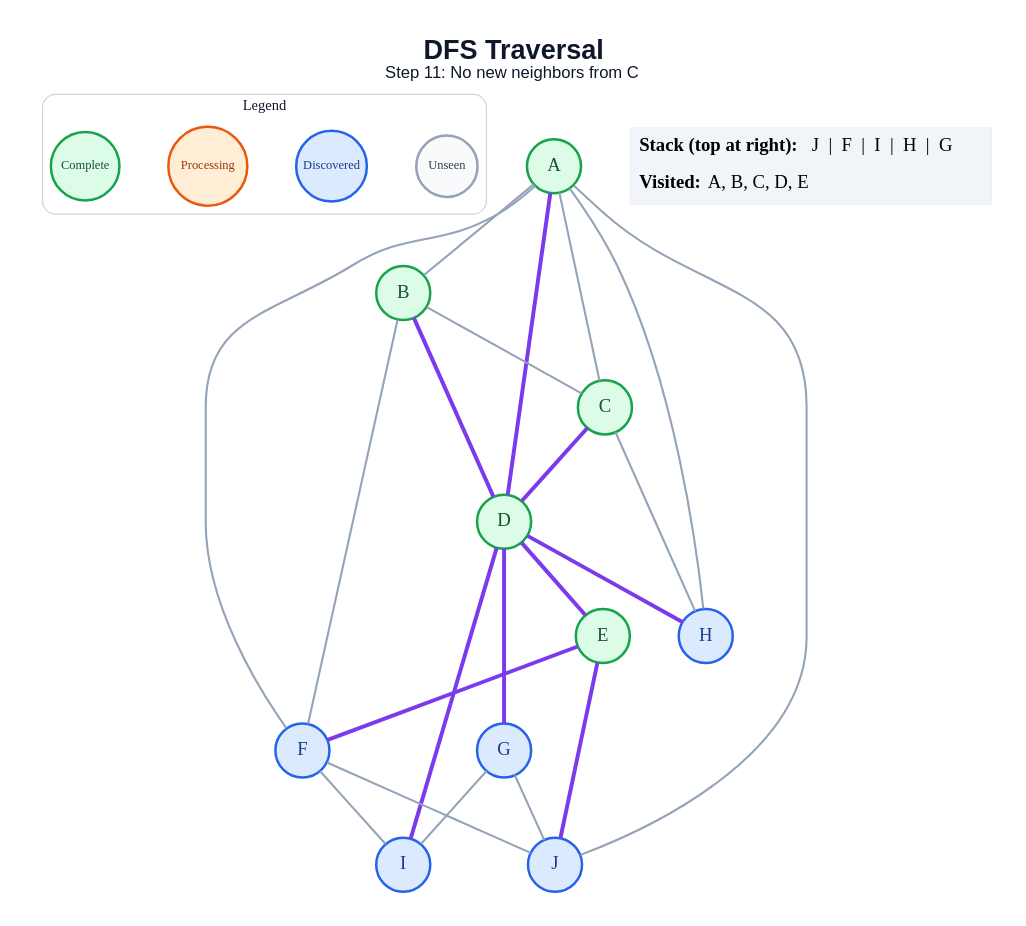
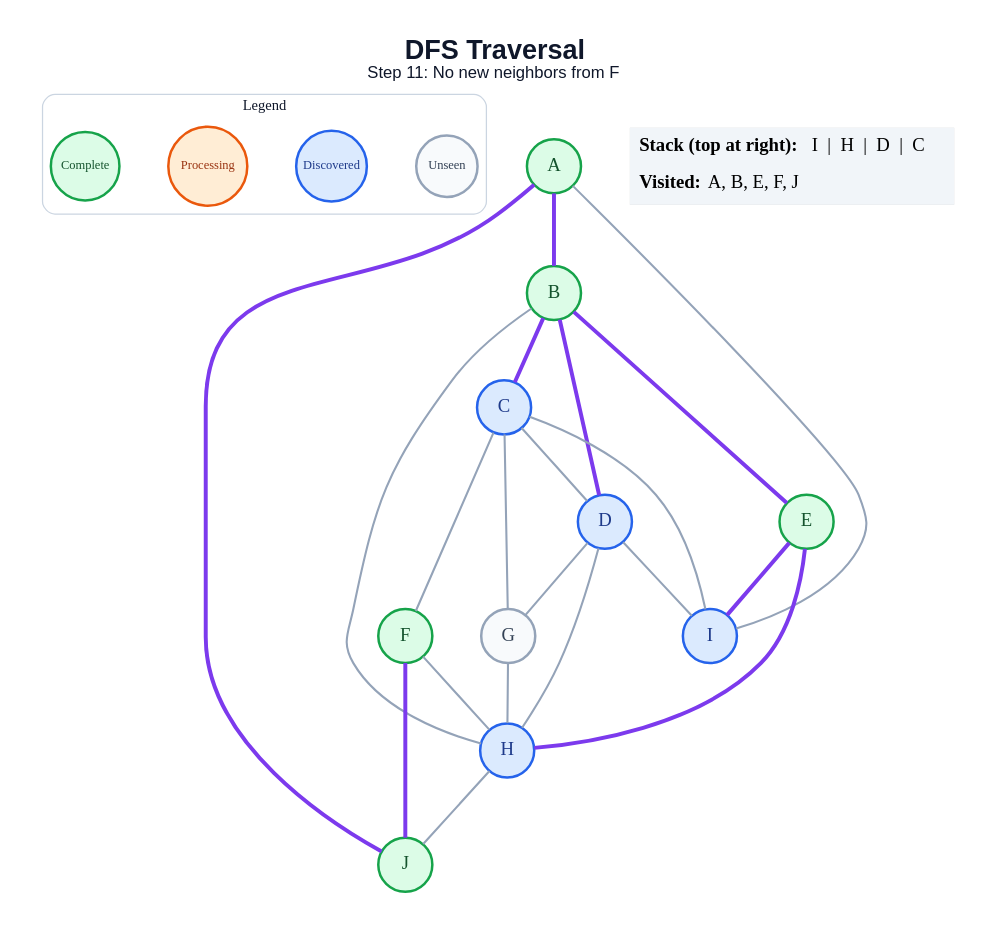
The diagram in generated/specific-node/dfs/step_11.dot (amanghodawala9/ai-slop), drawn with Graphviz before and after one commit. The commit also changed 178 other files, not shown here.

```diff
--- a/generated/specific-node/dfs/step_11.dot
+++ b/generated/specific-node/dfs/step_11.dot
@@ -1,50 +1,49 @@
 graph traversal {
   graph [layout=dot, rankdir=TB, bgcolor="#FFFFFF", pad="0.35", nodesep="0.65", ranksep="0.8", fontname="Arial"];
   node [shape=circle, style="filled", fontname="Arial Bold", fontsize=18, width=0.72, fixedsize=true, penwidth=2.4];
   edge [color="#94A3B8", penwidth=2.0];
-  label=<<B>DFS Traversal</B><BR/><FONT POINT-SIZE="16">Step 11: No new neighbors from C</FONT>>; labelloc="t"; fontsize=26; fontname="Arial"; fontcolor="#0F172A";
+  label=<<B>DFS Traversal</B><BR/><FONT POINT-SIZE="16">Step 11: No new neighbors from F</FONT>>; labelloc="t"; fontsize=26; fontname="Arial"; fontcolor="#0F172A";
   subgraph cluster_legend { label="Legend"; color="#CBD5E1"; penwidth=1.2; style="rounded"; fontsize=14; fontname="Arial Bold";
     key_unseen [label="Unseen", fillcolor="#F8FAFC", color="#94A3B8", fontcolor="#334155", fontsize=12, width=0.82];
     key_frontier [label="Discovered", fillcolor="#DBEAFE", color="#2563EB", fontcolor="#1E3A8A", fontsize=12, width=0.95];
     key_current [label="Processing", fillcolor="#FFEDD5", color="#EA580C", fontcolor="#9A3412", fontsize=12, width=1.05];
     key_done [label="Complete", fillcolor="#DCFCE7", color="#16A34A", fontcolor="#14532D", fontsize=12, width=0.92];
     { rank=same; key_unseen; key_frontier; key_current; key_done; }
   }
   A [fillcolor="#DCFCE7", color="#16A34A", fontcolor="#14532D"];
   B [fillcolor="#DCFCE7", color="#16A34A", fontcolor="#14532D"];
-  C [fillcolor="#DCFCE7", color="#16A34A", fontcolor="#14532D"];
-  D [fillcolor="#DCFCE7", color="#16A34A", fontcolor="#14532D"];
+  C [fillcolor="#DBEAFE", color="#2563EB", fontcolor="#1E3A8A"];
+  D [fillcolor="#DBEAFE", color="#2563EB", fontcolor="#1E3A8A"];
   E [fillcolor="#DCFCE7", color="#16A34A", fontcolor="#14532D"];
-  F [fillcolor="#DBEAFE", color="#2563EB", fontcolor="#1E3A8A"];
-  G [fillcolor="#DBEAFE", color="#2563EB", fontcolor="#1E3A8A"];
+  F [fillcolor="#DCFCE7", color="#16A34A", fontcolor="#14532D"];
+  G [fillcolor="#F8FAFC", color="#94A3B8", fontcolor="#334155"];
   H [fillcolor="#DBEAFE", color="#2563EB", fontcolor="#1E3A8A"];
   I [fillcolor="#DBEAFE", color="#2563EB", fontcolor="#1E3A8A"];
-  J [fillcolor="#DBEAFE", color="#2563EB", fontcolor="#1E3A8A"];
-  A -- B;
-  A -- C;
-  A -- D [color="#7C3AED", penwidth=3.8];
-  A -- F;
-  A -- H;
-  A -- J;
-  B -- C;
+  J [fillcolor="#DCFCE7", color="#16A34A", fontcolor="#14532D"];
+  A -- B [color="#7C3AED", penwidth=3.8];
+  A -- I;
+  A -- J [color="#7C3AED", penwidth=3.8];
+  B -- C [color="#7C3AED", penwidth=3.8];
   B -- D [color="#7C3AED", penwidth=3.8];
-  B -- F;
-  C -- D [color="#7C3AED", penwidth=3.8];
-  C -- H;
-  D -- E [color="#7C3AED", penwidth=3.8];
-  D -- G [color="#7C3AED", penwidth=3.8];
-  D -- H [color="#7C3AED", penwidth=3.8];
-  D -- I [color="#7C3AED", penwidth=3.8];
-  E -- F [color="#7C3AED", penwidth=3.8];
-  E -- J [color="#7C3AED", penwidth=3.8];
-  F -- I;
-  F -- J;
-  G -- I;
-  G -- J;
+  B -- E [color="#7C3AED", penwidth=3.8];
+  B -- H;
+  C -- D;
+  C -- F;
+  C -- G;
+  C -- I;
+  D -- G;
+  D -- H;
+  D -- I;
+  E -- H [color="#7C3AED", penwidth=3.8];
+  E -- I [color="#7C3AED", penwidth=3.8];
+  F -- H;
+  F -- J [color="#7C3AED", penwidth=3.8];
+  G -- H;
+  H -- J;
   status [shape=plain, fixedsize=false, width=0, height=0, margin=0, label=<
     <TABLE BORDER="0" CELLBORDER="0" CELLPADDING="7" BGCOLOR="#F1F5F9">
-      <TR><TD ALIGN="LEFT"><B>Stack (top at right):</B> J  |  F  |  I  |  H  |  G</TD></TR>
-      <TR><TD ALIGN="LEFT"><B>Visited:</B> A, B, C, D, E</TD></TR>
+      <TR><TD ALIGN="LEFT"><B>Stack (top at right):</B> I  |  H  |  D  |  C</TD></TR>
+      <TR><TD ALIGN="LEFT"><B>Visited:</B> A, B, E, F, J</TD></TR>
     </TABLE>
   >];
 }
```
